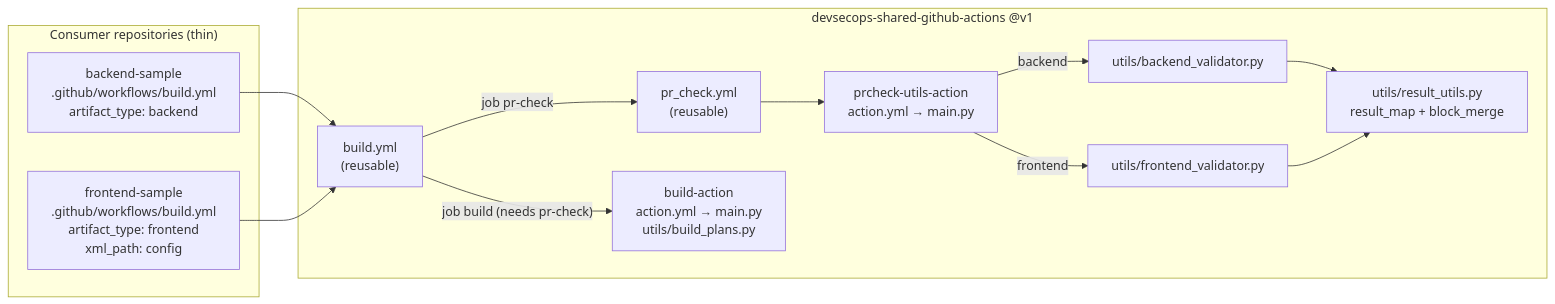
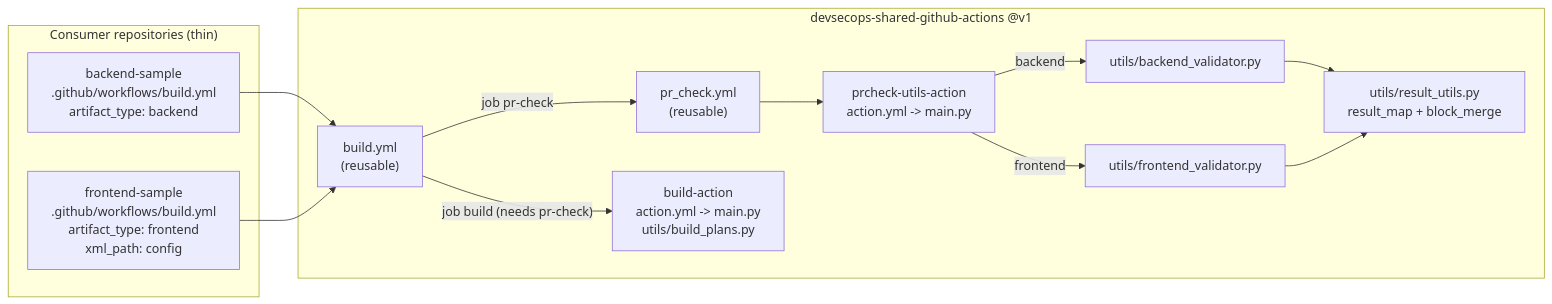
One commit to Mahesh2511/devsecops-shared-github-actions changed the diagram in docs/architecture.md. Above: the diagram before and after it, drawn with Mermaid. The commit also changed other lines of this file and 6 other files, not shown here.

````diff
--- a/docs/architecture.md
+++ b/docs/architecture.md
@@ -5,25 +5,25 @@
 ```mermaid
 flowchart LR
   subgraph Consumers["Consumer repositories (thin)"]
     B["backend-sample<br/>.github/workflows/build.yml<br/>artifact_type: backend"]
     F["frontend-sample<br/>.github/workflows/build.yml<br/>artifact_type: frontend<br/>xml_path: config"]
   end
   subgraph Shared["devsecops-shared-github-actions @v1"]
     BY["build.yml<br/>(reusable)"]
     PC["pr_check.yml<br/>(reusable)"]
-    A["prcheck-utils-action<br/>action.yml → main.py"]
+    A["prcheck-utils-action<br/>action.yml -> main.py"]
     BV["utils/backend_validator.py"]
     FV["utils/frontend_validator.py"]
     RU["utils/result_utils.py<br/>result_map + block_merge"]
-    BA["build-action<br/>action.yml → main.py<br/>utils/build_plans.py"]
+    BA["build-action<br/>action.yml -> main.py<br/>utils/build_plans.py"]
   end
   B --> BY
   F --> BY
   BY -- "job pr-check" --> PC
   PC --> A
   A -- backend --> BV
   A -- frontend --> FV
   BV --> RU
   FV --> RU
   BY -- "job build (needs pr-check)" --> BA
 ```
````
